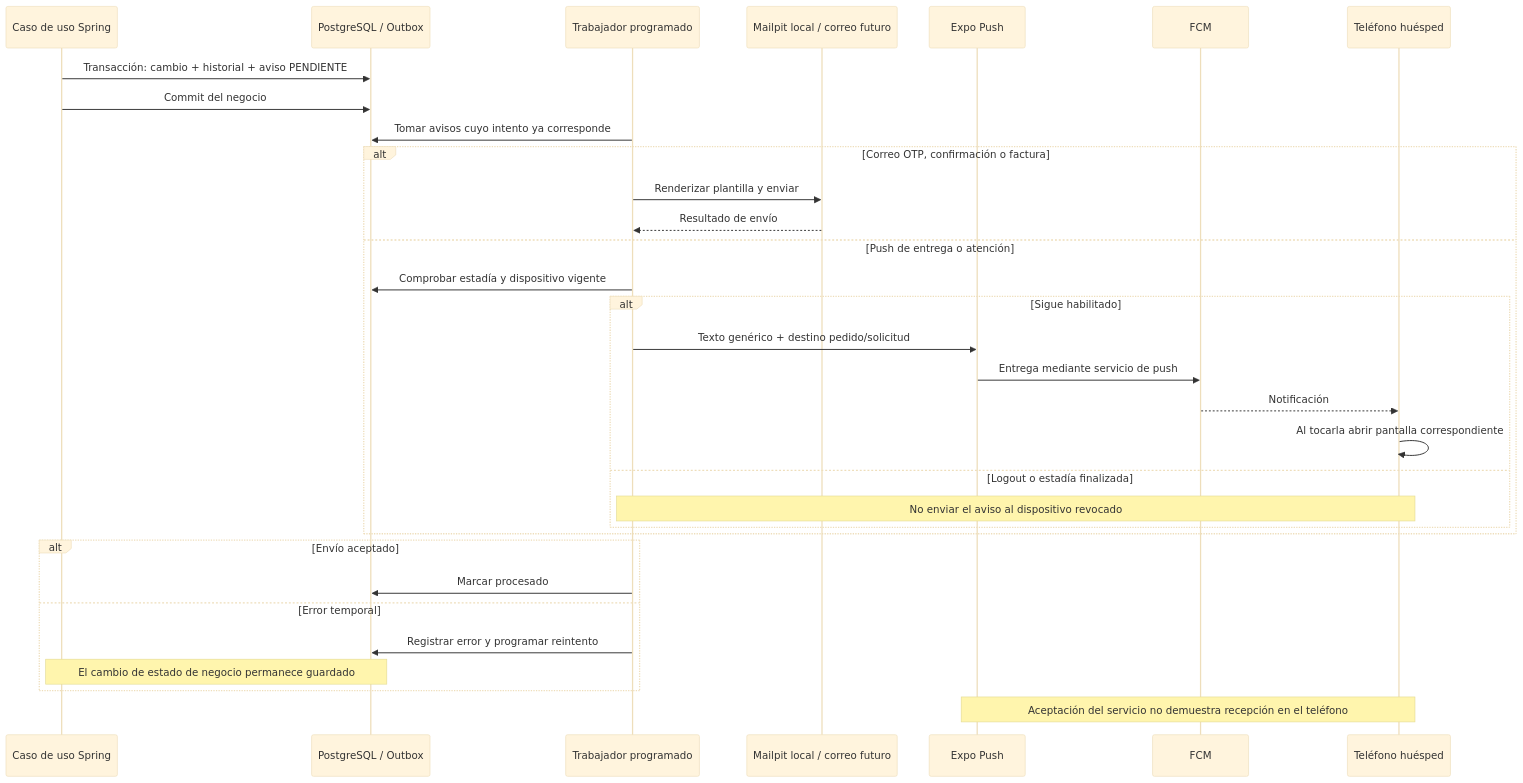
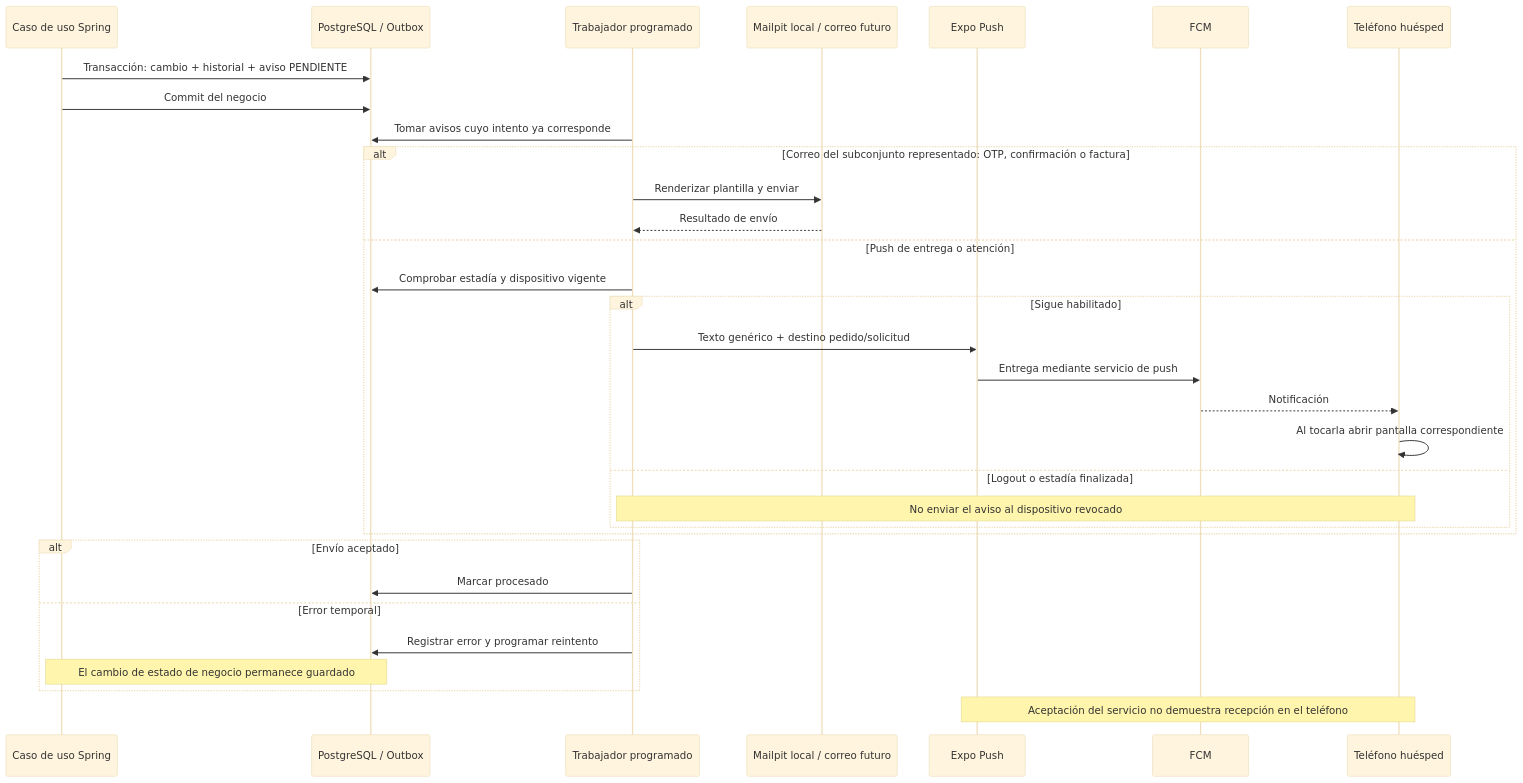
The diagram in 03-arquitectura/diagramas-sistema/20-secuencia-outbox-correos-y-notificaciones-push.md (villaserenaguatee/villa-serena-docs), drawn with Mermaid (base theme) before and after one commit. The commit also changed other lines of this file and 29 other files, not shown here.

````diff
--- a/03-arquitectura/diagramas-sistema/20-secuencia-outbox-correos-y-notificaciones-push.md
+++ b/03-arquitectura/diagramas-sistema/20-secuencia-outbox-correos-y-notificaciones-push.md
@@ -7,34 +9,34 @@
 ```mermaid
 sequenceDiagram
   participant S as Caso de uso Spring
   participant D as PostgreSQL / Outbox
   participant J as Trabajador programado
   participant M as Mailpit local / correo futuro
   participant E as Expo Push
   participant F as FCM
   participant A as Teléfono huésped
   S->>D: Transacción: cambio + historial + aviso PENDIENTE
   S->>D: Commit del negocio
   J->>D: Tomar avisos cuyo intento ya corresponde
-  alt Correo OTP, confirmación o factura
+  alt Correo del subconjunto representado: OTP, confirmación o factura
     J->>M: Renderizar plantilla y enviar
     M-->>J: Resultado de envío
   else Push de entrega o atención
     J->>D: Comprobar estadía y dispositivo vigente
     alt Sigue habilitado
       J->>E: Texto genérico + destino pedido/solicitud
       E->>F: Entrega mediante servicio de push
       F-->>A: Notificación
       A->>A: Al tocarla abrir pantalla correspondiente
     else Logout o estadía finalizada
       Note over J,A: No enviar el aviso al dispositivo revocado
     end
   end
   alt Envío aceptado
     J->>D: Marcar procesado
   else Error temporal
     J->>D: Registrar error y programar reintento
     Note over S,D: El cambio de estado de negocio permanece guardado
   end
   Note over E,A: Aceptación del servicio no demuestra recepción en el teléfono
 ```
````
